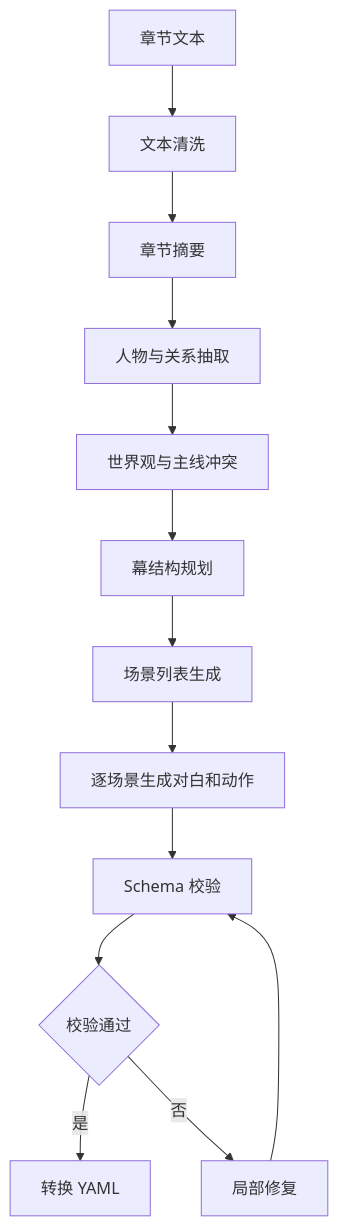
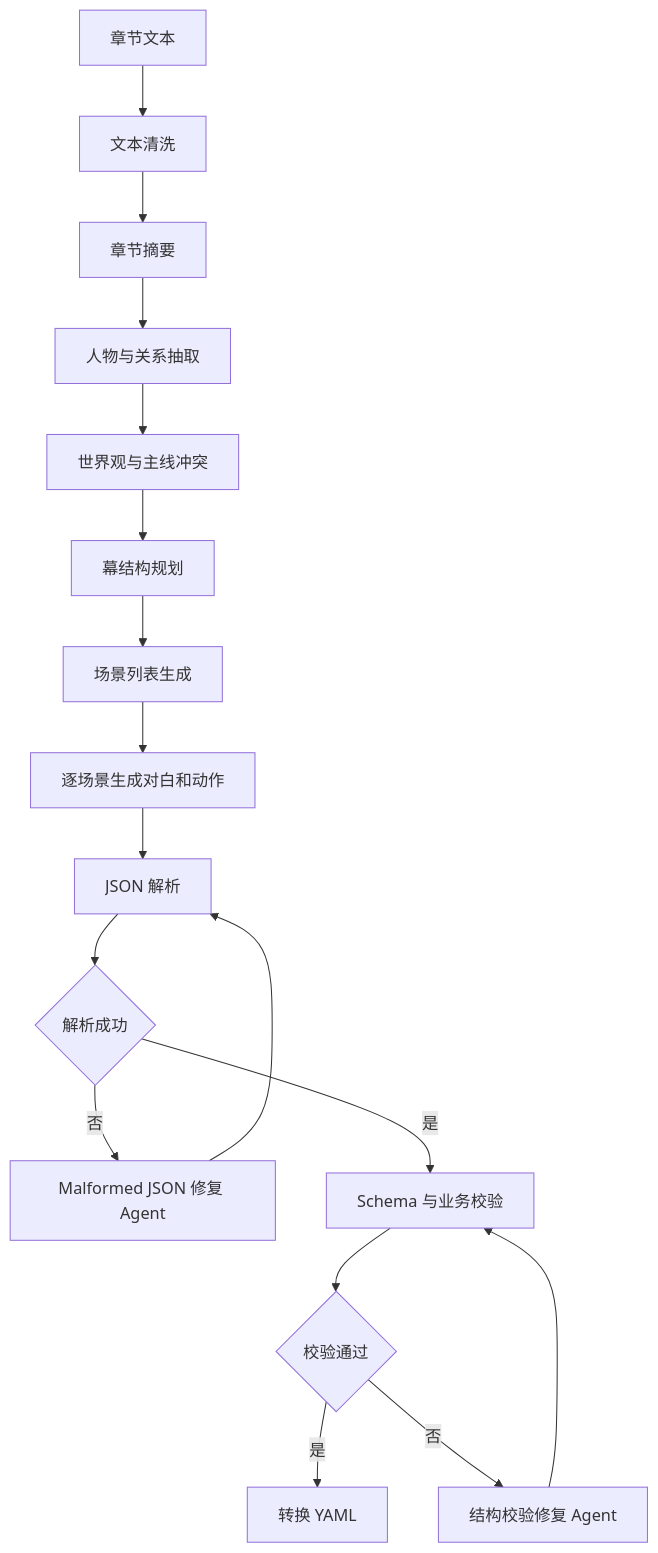
One commit to Flepxum/novelscript-ai changed the diagram in docs/ai-pipeline.md. Above: the diagram before and after it, drawn with Mermaid. The commit also changed other lines of this file and 3 other files, not shown here.

````diff
--- a/docs/ai-pipeline.md
+++ b/docs/ai-pipeline.md
@@ -16,15 +16,19 @@
 ```mermaid
 flowchart TD
   A[章节文本] --> B[文本清洗]
   B --> C[章节摘要]
   C --> D[人物与关系抽取]
   D --> E[世界观与主线冲突]
   E --> F[幕结构规划]
   F --> G[场景列表生成]
   G --> H[逐场景生成对白和动作]
-  H --> I[Schema 校验]
+  H --> P[JSON 解析]
+  P --> Q{解析成功}
+  Q -- 否 --> R[Malformed JSON 修复 Agent]
+  R --> P
+  Q -- 是 --> I[Schema 与业务校验]
   I --> J{校验通过}
   J -- 是 --> K[转换 YAML]
-  J -- 否 --> L[局部修复]
+  J -- 否 --> L[结构校验修复 Agent]
   L --> I
 ```
````
